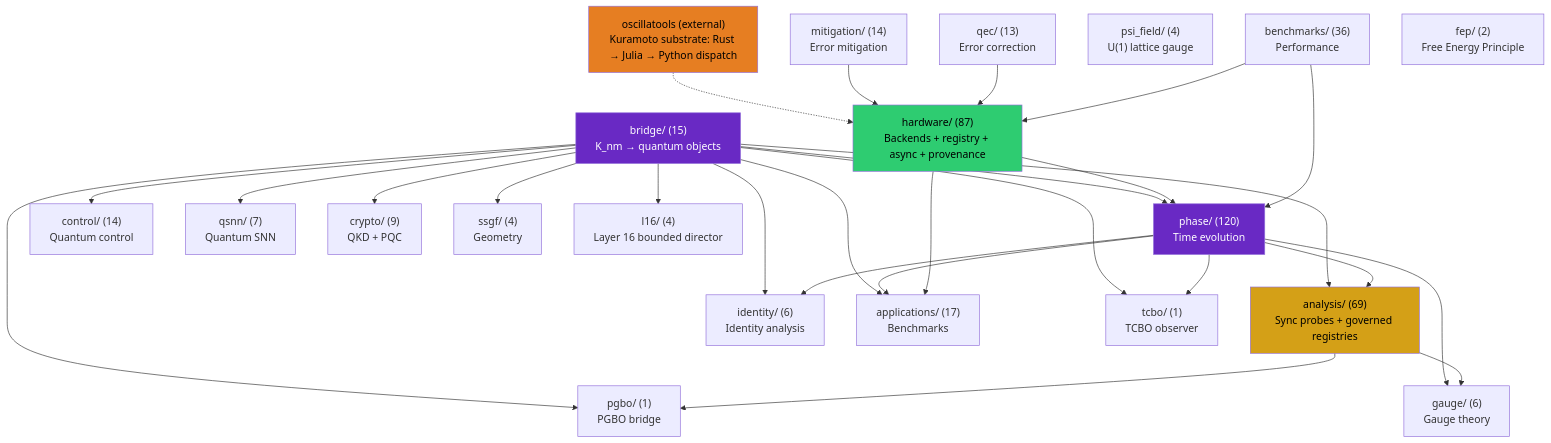
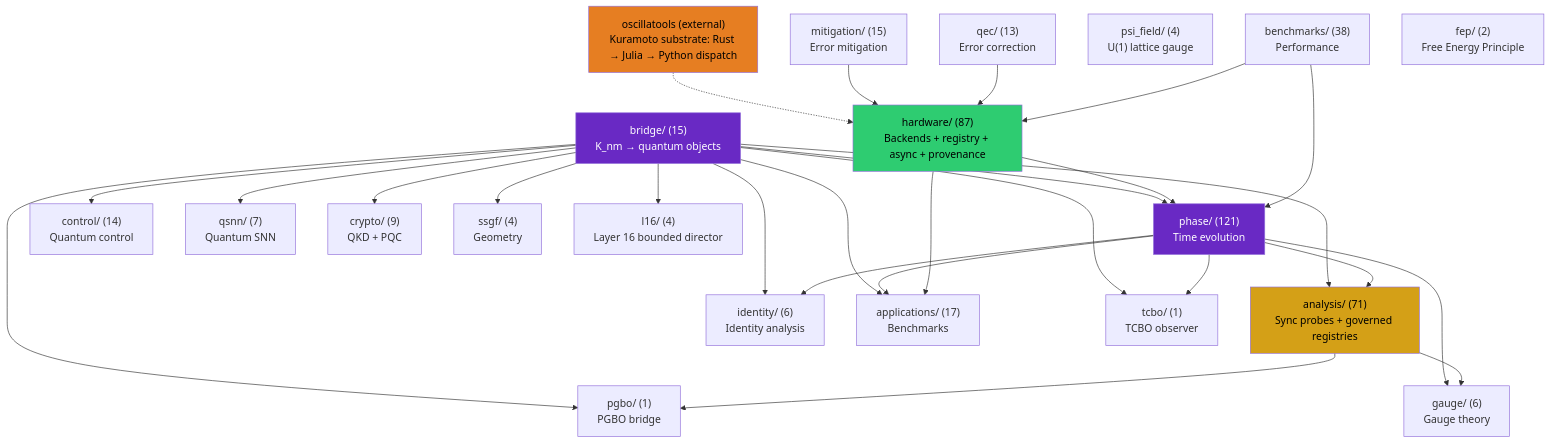
Before and after one commit to anulum/scpn-quantum-control: the second of 5 diagrams in docs/architecture.md, drawn with Mermaid. The commit also changed other lines of this file and 5 other files, not shown here.

````diff
--- a/docs/architecture.md
+++ b/docs/architecture.md
@@ -826,55 +826,55 @@
 ```mermaid
 graph TD
     bridge["bridge/ (15)\nK_nm → quantum objects"]
-    phase["phase/ (120)\nTime evolution"]
-    analysis["analysis/ (69)\nSync probes + governed registries"]
+    phase["phase/ (121)\nTime evolution"]
+    analysis["analysis/ (71)\nSync probes + governed registries"]
     control["control/ (14)\nQuantum control"]
     qsnn["qsnn/ (7)\nQuantum SNN"]
     identity["identity/ (6)\nIdentity analysis"]
     hardware["hardware/ (87)\nBackends + registry + async + provenance"]
-    mitigation["mitigation/ (14)\nError mitigation"]
+    mitigation["mitigation/ (15)\nError mitigation"]
     qec["qec/ (13)\nError correction"]
     gauge["gauge/ (6)\nGauge theory"]
     apps["applications/ (17)\nBenchmarks"]
     crypto["crypto/ (9)\nQKD + PQC"]
-    benchmarks["benchmarks/ (36)\nPerformance"]
+    benchmarks["benchmarks/ (38)\nPerformance"]
     ssgf["ssgf/ (4)\nGeometry"]
     psi_field["psi_field/ (4)\nU(1) lattice gauge"]
     oscillatools["oscillatools (external)\nKuramoto substrate: Rust → Julia → Python dispatch"]
     fep["fep/ (2)\nFree Energy Principle"]
     tcbo["tcbo/ (1)\nTCBO observer"]
     pgbo["pgbo/ (1)\nPGBO bridge"]
     l16["l16/ (4)\nLayer 16 bounded director"]
 
     bridge --> phase
     bridge --> analysis
     bridge --> control
     bridge --> qsnn
     bridge --> identity
     bridge --> apps
     bridge --> crypto
     bridge --> ssgf
     phase --> analysis
     phase --> identity
     phase --> apps
     phase --> gauge
     analysis --> gauge
     hardware --> phase
     hardware --> apps
     oscillatools -.-> hardware
     mitigation --> hardware
     qec --> hardware
     benchmarks --> phase
     benchmarks --> hardware
     bridge --> tcbo
     bridge --> pgbo
     bridge --> l16
     phase --> tcbo
     analysis --> pgbo
 
     style bridge fill:#6929C4,color:#fff
     style analysis fill:#d4a017,color:#000
     style phase fill:#6929C4,color:#fff
     style hardware fill:#2ecc71,color:#000
     style oscillatools fill:#e67e22,color:#000
 ```
````
